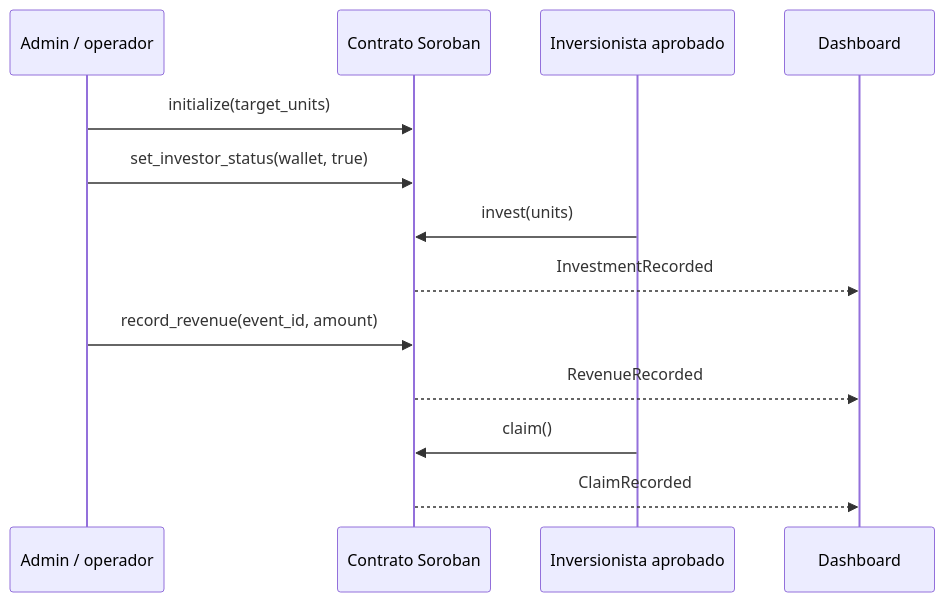
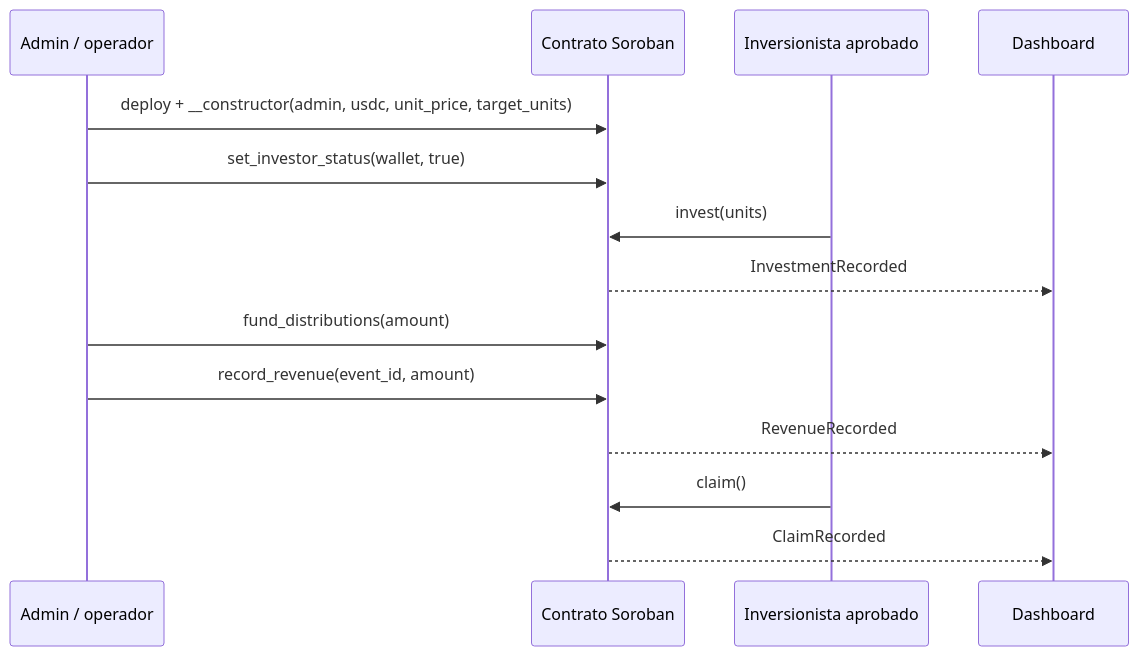
One commit to giano-montano/minka-capital changed the diagram in README.md. Above: the diagram before and after it, drawn with Mermaid. The commit also changed other lines of this file and 4 other files, not shown here.

````diff
--- a/README.md
+++ b/README.md
@@ -19,16 +19,17 @@
 ```mermaid
 sequenceDiagram
     participant A as Admin / operador
     participant C as Contrato Soroban
     participant I as Inversionista aprobado
     participant D as Dashboard
 
-    A->>C: initialize(target_units)
+    A->>C: deploy + __constructor(admin, usdc, unit_price, target_units)
     A->>C: set_investor_status(wallet, true)
     I->>C: invest(units)
     C-->>D: InvestmentRecorded
+    A->>C: fund_distributions(amount)
     A->>C: record_revenue(event_id, amount)
     C-->>D: RevenueRecorded
     I->>C: claim()
     C-->>D: ClaimRecorded
 ```
````
